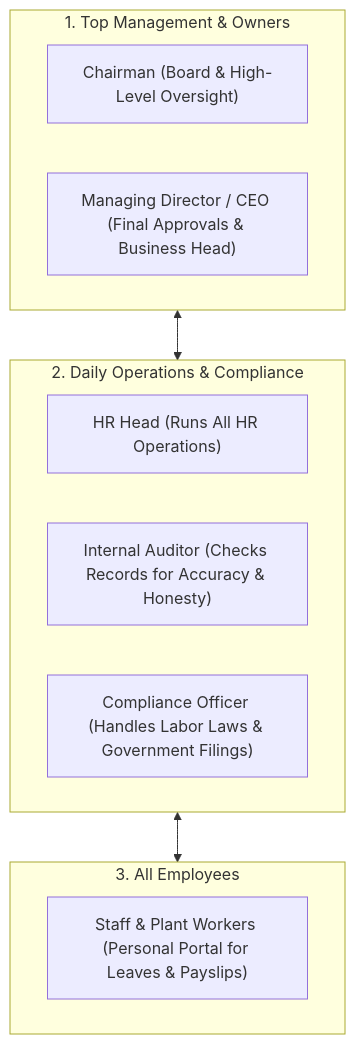
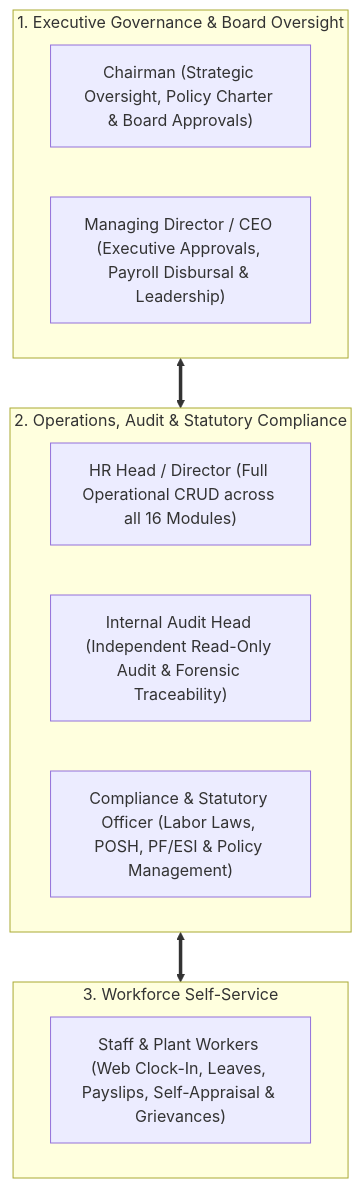
Before and after one commit to ViruzVerse-Solutions/hrms: the first of 7 diagrams in docs/DOC_PROJ.md, drawn with Mermaid. The commit also changed other lines of this file and 9 other files, not shown here.

````diff
--- a/docs/DOC_PROJ.md
+++ b/docs/DOC_PROJ.md
@@ -13,20 +13,20 @@
 ```mermaid
 flowchart TD
-    subgraph Leadership ["1. Top Management & Owners"]
-        CH["Chairman (Board & High-Level Oversight)"]
-        MD["Managing Director / CEO (Final Approvals & Business Head)"]
+    subgraph Governance ["1. Executive Governance & Board Oversight"]
+        CH["Chairman (Strategic Oversight, Policy Charter & Board Approvals)"]
+        MD["Managing Director / CEO (Executive Approvals, Payroll Disbursal & Leadership)"]
     end
 
-    subgraph Management ["2. Daily Operations & Compliance"]
-        HR["HR Head (Runs All HR Operations)"]
-        AUD["Internal Auditor (Checks Records for Accuracy & Honesty)"]
-        CMP["Compliance Officer (Handles Labor Laws & Government Filings)"]
+    subgraph Operations ["2. Operations, Audit & Statutory Compliance"]
+        HR["HR Head / Director (Full Operational CRUD across all 16 Modules)"]
+        AUD["Internal Audit Head (Independent Read-Only Audit & Forensic Traceability)"]
+        CMP["Compliance & Statutory Officer (Labor Laws, POSH, PF/ESI & Policy Management)"]
     end
 
-    subgraph Staff ["3. All Employees"]
-        EMP["Staff & Plant Workers (Personal Portal for Leaves & Payslips)"]
+    subgraph SelfService ["3. Workforce Self-Service"]
+        EMP["Staff & Plant Workers (Web Clock-In, Leaves, Payslips, Self-Appraisal & Grievances)"]
     end
 
-    Leadership <--> Management
-    Management <--> Staff
+    Governance <==> Operations
+    Operations <==> SelfService
 ```
````
